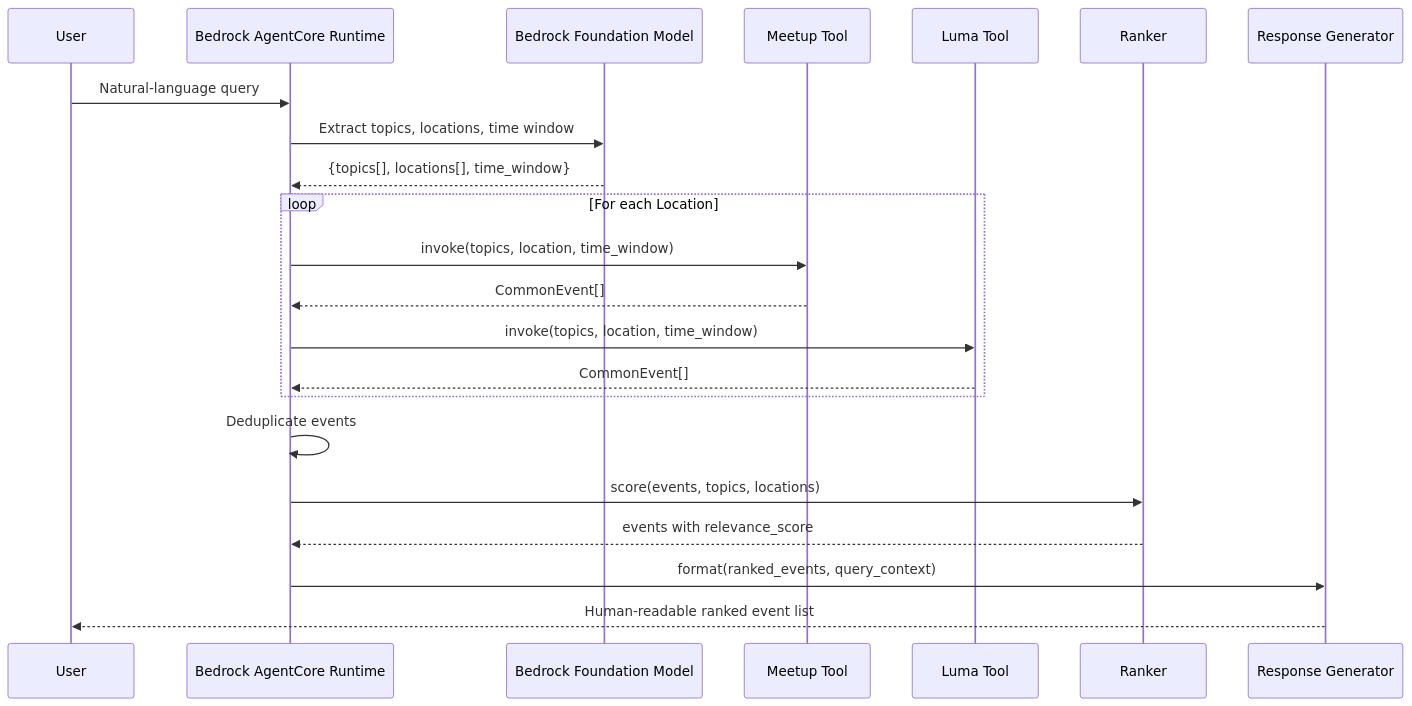
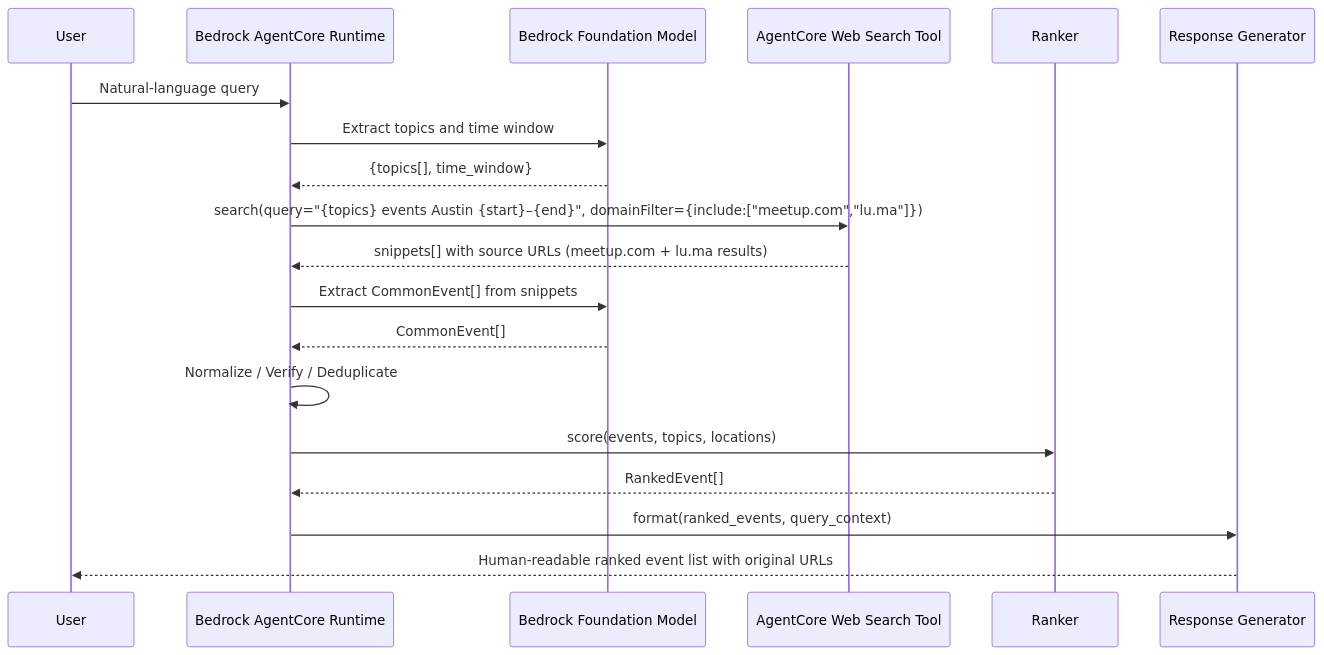
The first of 2 diagrams in .kiro/specs/community-scout-austin/design.md (hastimal/bedrock-community-scout), drawn with Mermaid before and after one commit. The commit also changed other lines of this file and 2 other files, not shown here.

Commit message:
docs: finalize AgentCore Web Search architecture

````diff
--- a/.kiro/specs/community-scout-austin/design.md
+++ b/.kiro/specs/community-scout-austin/design.md
@@ -19,27 +19,25 @@
 ```mermaid
 sequenceDiagram
     participant User
     participant AgentCore as Bedrock AgentCore Runtime
     participant LLM as Bedrock Foundation Model
-    participant MeetupTool as Meetup Tool
-    participant LumaTool as Luma Tool
+    participant WebSearch as AgentCore Web Search Tool
     participant Ranker
     participant ResponseGen as Response Generator
 
     User->>AgentCore: Natural-language query
-    AgentCore->>LLM: Extract topics, locations, time window
-    LLM-->>AgentCore: {topics[], locations[], time_window}
+    AgentCore->>LLM: Extract topics and time window
+    LLM-->>AgentCore: {topics[], time_window}
 
-    loop For each Location
-        AgentCore->>MeetupTool: invoke(topics, location, time_window)
-        MeetupTool-->>AgentCore: CommonEvent[]
-        AgentCore->>LumaTool: invoke(topics, location, time_window)
-        LumaTool-->>AgentCore: CommonEvent[]
-    end
+    AgentCore->>WebSearch: search(query="{topics} events Austin {start}–{end}", domainFilter={include:["meetup.com","lu.ma"]})
+    WebSearch-->>AgentCore: snippets[] with source URLs (meetup.com + lu.ma results)
 
-    AgentCore->>AgentCore: Deduplicate events
+    AgentCore->>LLM: Extract CommonEvent[] from snippets
+    LLM-->>AgentCore: CommonEvent[]
+
+    AgentCore->>AgentCore: Normalize / Verify / Deduplicate
     AgentCore->>Ranker: score(events, topics, locations)
-    Ranker-->>AgentCore: events with relevance_score
+    Ranker-->>AgentCore: RankedEvent[]
     AgentCore->>ResponseGen: format(ranked_events, query_context)
-    ResponseGen-->>User: Human-readable ranked event list
+    ResponseGen-->>User: Human-readable ranked event list with original URLs
 ```
````
